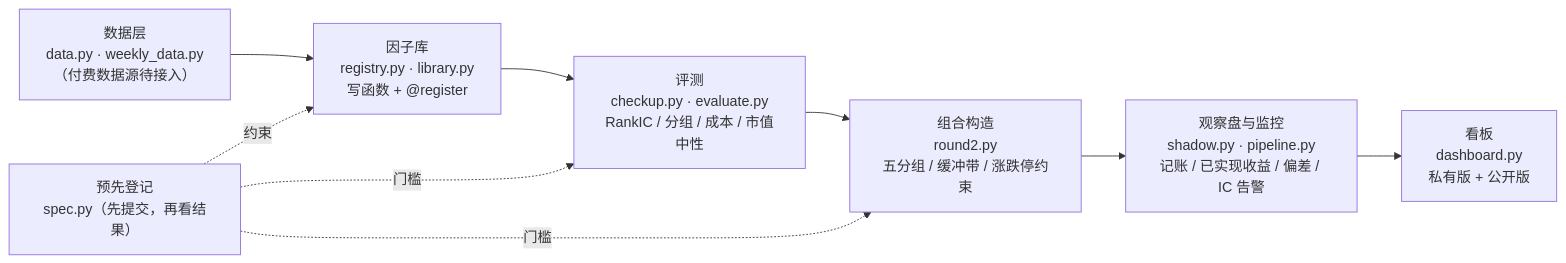
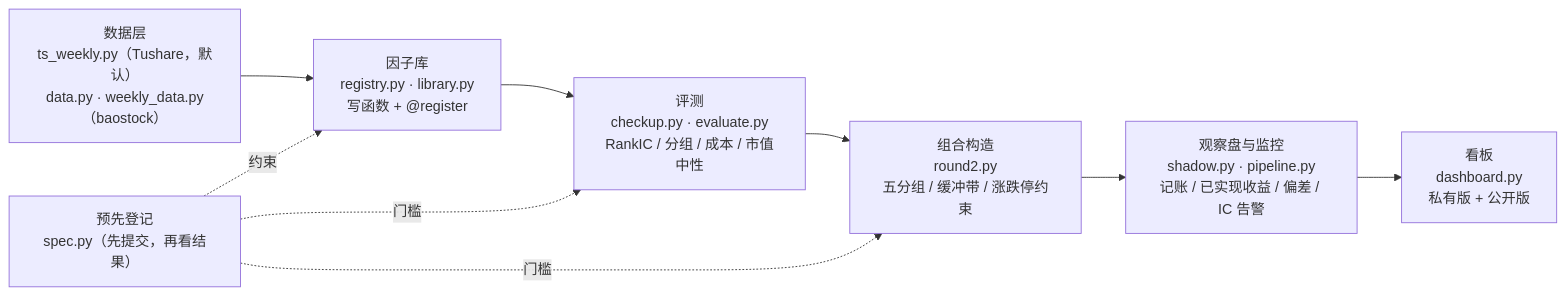
Before and after one commit to kennywu411-dev/quant-allocation-research: the diagram in docs/因子线架构.md, drawn with Mermaid. The commit also changed other lines of this file and 19 other files, not shown here.

Commit message:
看板重做（19 次试验结果表、勘误对照、回撤与分年超额、数据层覆盖）；README 加看板截图；Tushare 数据层与离线测试；月度流水线默认数据源改为 Tushare

````diff
--- a/docs/因子线架构.md
+++ b/docs/因子线架构.md
@@ -5,11 +5,11 @@
 ```mermaid
 flowchart LR
-    A["数据层<br/>data.py · weekly_data.py<br/>（付费数据源待接入）"] --> B["因子库<br/>registry.py · library.py<br/>写函数 + @register"]
+    A["数据层<br/>ts_weekly.py（Tushare，默认）<br/>data.py · weekly_data.py（baostock）"] --> B["因子库<br/>registry.py · library.py<br/>写函数 + @register"]
     B --> C["评测<br/>checkup.py · evaluate.py<br/>RankIC / 分组 / 成本 / 市值中性"]
     C --> D["组合构造<br/>round2.py<br/>五分组 / 缓冲带 / 涨跌停约束"]
     D --> E["观察盘与监控<br/>shadow.py · pipeline.py<br/>记账 / 已实现收益 / 偏差 / IC 告警"]
     E --> F["看板<br/>dashboard.py<br/>私有版 + 公开版"]
     S["预先登记<br/>spec.py（先提交，再看结果）"] -.约束.-> B
     S -.门槛.-> C
     S -.门槛.-> D
 ```
````
